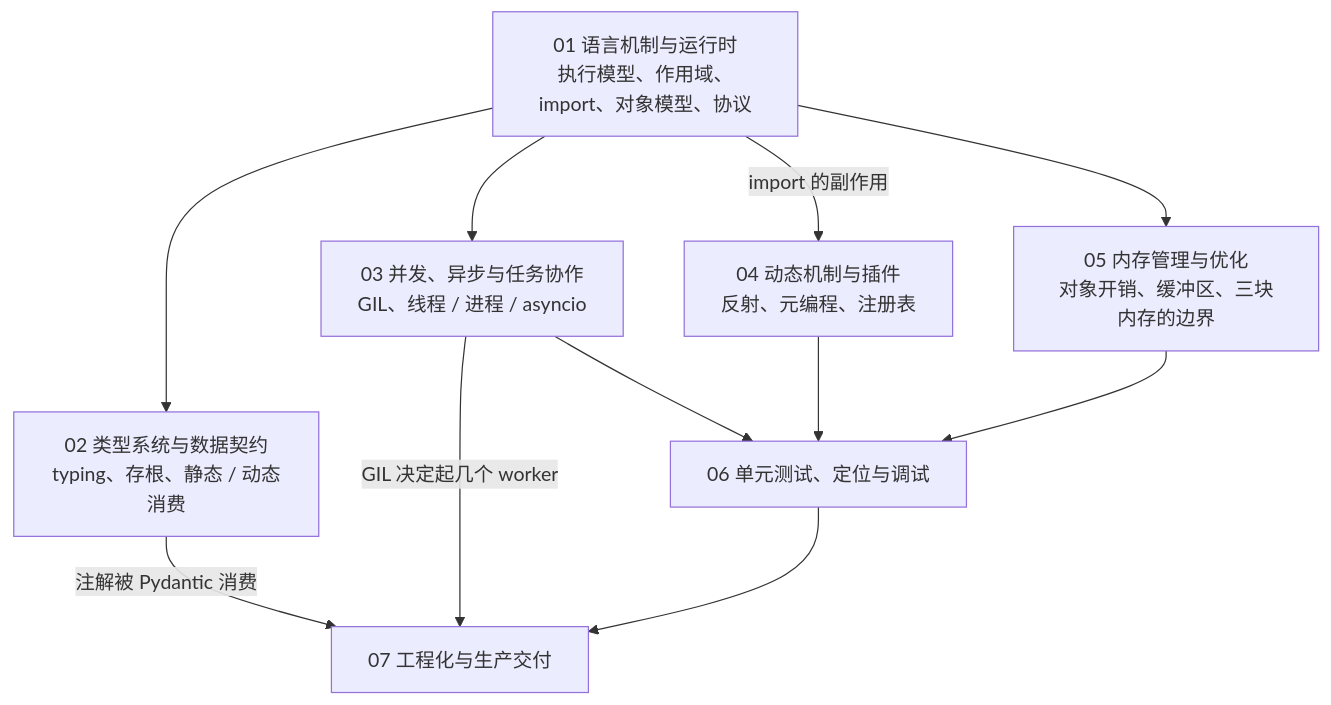
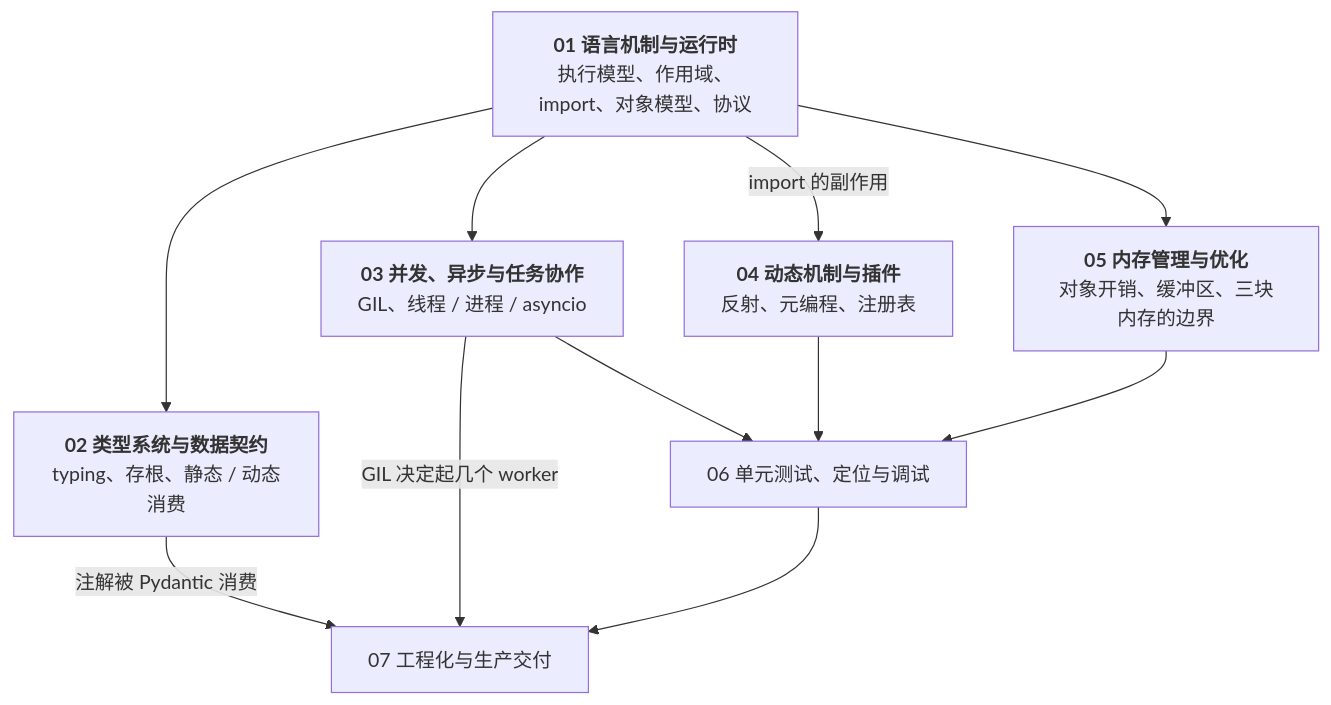
Before and after one commit to arganzheng/arganzheng.github.com: the first of 2 diagrams in _posts/2026-01-30-python-for-ai-infra-series-recap-and-self-test.md, drawn with Mermaid. The commit also changed 3 other files, not shown here.

First line of the commit message:
Python 在 AI-Infra：从语言机制到生产交付：Mermaid 多行方框的首行标为标题（4 篇）

````diff
--- a/_posts/2026-01-30-python-for-ai-infra-series-recap-and-self-test.md
+++ b/_posts/2026-01-30-python-for-ai-infra-series-recap-and-self-test.md
@@ -19,14 +19,14 @@
 ```mermaid
 %%{init: {"flowchart": {"wrappingWidth": 190}}}%%
 %% 图：Python 系列全景：代码怎么运转 → 怎么写得健壮 → 怎么协作 → 怎么扩展 → 内存 → 怎么确认 → 怎么交付
 flowchart TB
-    P1["01 语言机制与运行时<br/>执行模型、作用域、import、对象模型、协议"] --> P2["02 类型系统与数据契约<br/>typing、存根、静态 / 动态消费"]
-    P1 --> P3["03 并发、异步与任务协作<br/>GIL、线程 / 进程 / asyncio"]
-    P1 -- "import 的副作用" --> P4["04 动态机制与插件<br/>反射、元编程、注册表"]
-    P1 --> P5["05 内存管理与优化<br/>对象开销、缓冲区、三块内存的边界"]
+    P1["<b>01 语言机制与运行时</b><br/>执行模型、作用域、import、对象模型、协议"] --> P2["<b>02 类型系统与数据契约</b><br/>typing、存根、静态 / 动态消费"]
+    P1 --> P3["<b>03 并发、异步与任务协作</b><br/>GIL、线程 / 进程 / asyncio"]
+    P1 -- "import 的副作用" --> P4["<b>04 动态机制与插件</b><br/>反射、元编程、注册表"]
+    P1 --> P5["<b>05 内存管理与优化</b><br/>对象开销、缓冲区、三块内存的边界"]
     P3 & P4 & P5 --> P6["06 单元测试、定位与调试"]
     P2 -- "注解被 Pydantic 消费" --> P7["07 工程化与生产交付"]
     P3 -- "GIL 决定起几个 worker" --> P7
     P6 --> P7
 
 ```
````
